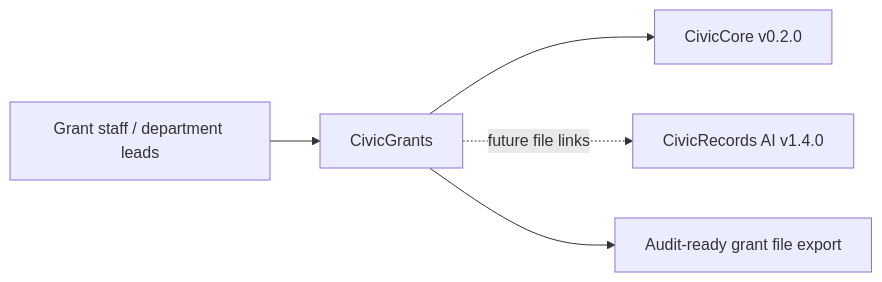
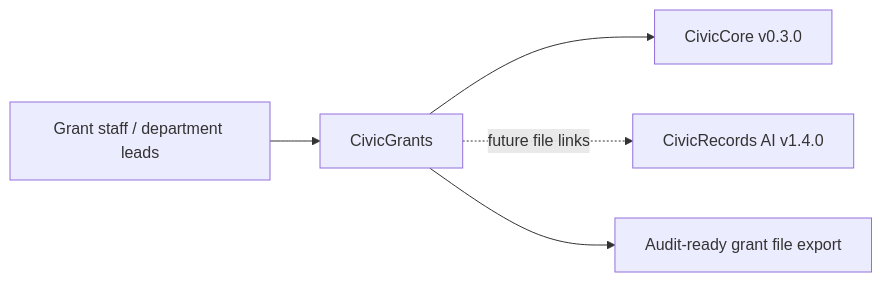
One commit to CivicSuite/civicgrants changed the diagram in USER-MANUAL.md. Above: the diagram before and after it, drawn with Mermaid. The commit also changed other lines of this file and 25 other files, not shown here.

Commit message:
chore: align CivicGrants with civiccore v0.3.0 (#2)

````diff
--- a/USER-MANUAL.md
+++ b/USER-MANUAL.md
@@ -32,7 +32,7 @@
 ```mermaid
 flowchart LR
   Staff["Grant staff / department leads"] --> CivicGrants["CivicGrants"]
-  CivicGrants --> CivicCore["CivicCore v0.2.0"]
+  CivicGrants --> CivicCore["CivicCore v0.3.0"]
   CivicGrants -. future file links .-> CivicRecords["CivicRecords AI v1.4.0"]
   CivicGrants --> Export["Audit-ready grant file export"]
 ```
````
